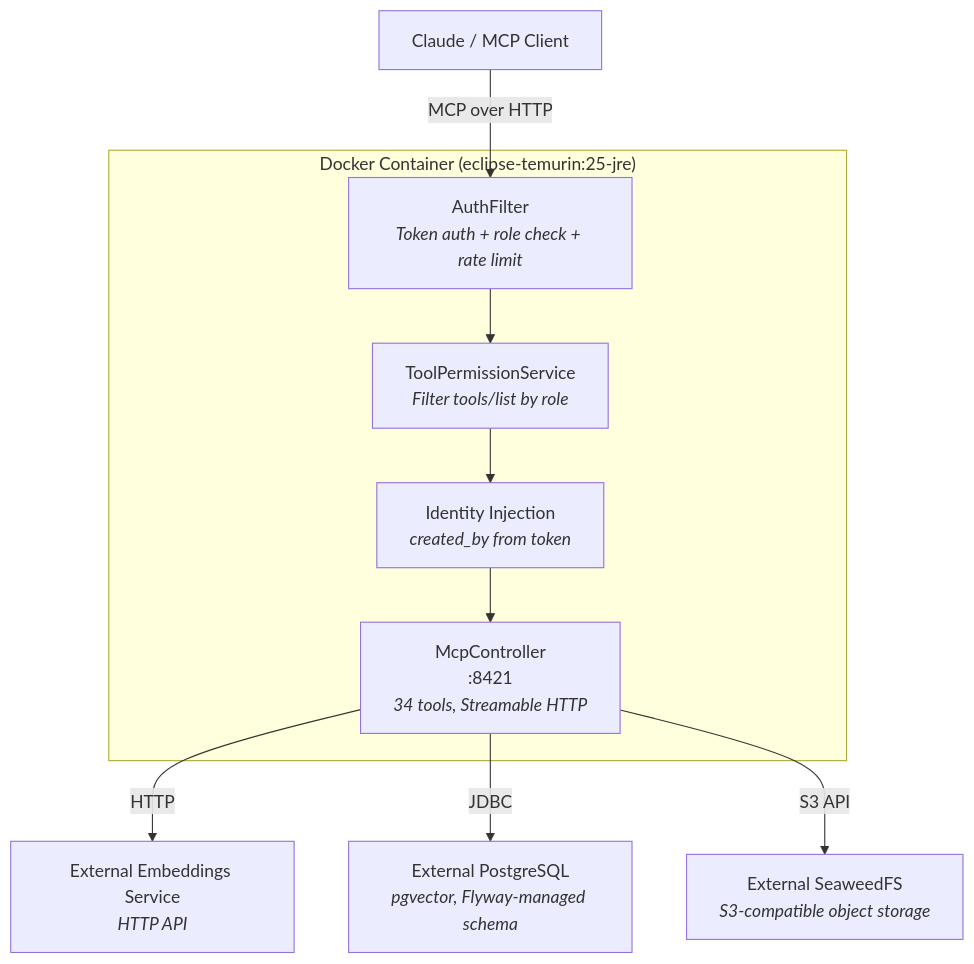
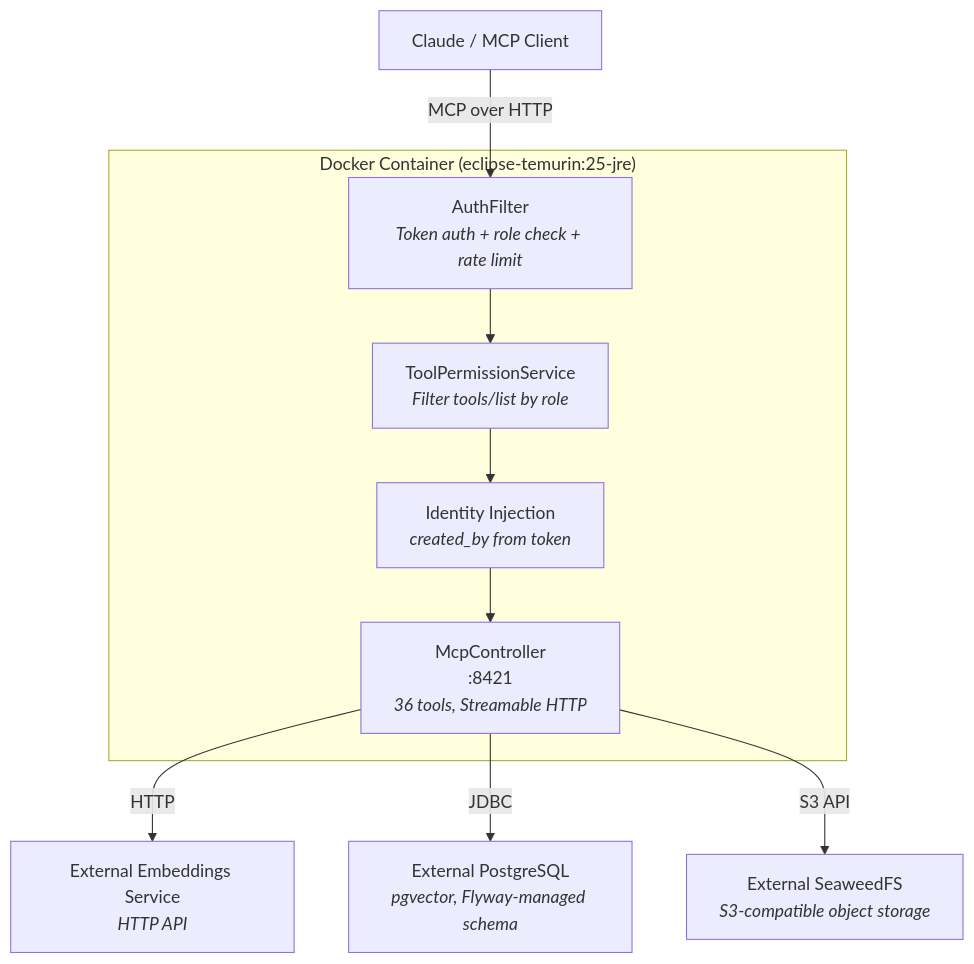
One commit to ufelmann/HiveMem changed the first of 2 diagrams in documentation/architecture.md. Above: the diagram before and after it, drawn with Mermaid. The commit also changed other lines of this file and 3 other files, not shown here.

````diff
--- a/documentation/architecture.md
+++ b/documentation/architecture.md
@@ -3,23 +3,23 @@
 ```mermaid
 graph TB
     Client["Claude / MCP Client"]
 
     subgraph Container["Docker Container (eclipse-temurin:25-jre)"]
         Auth["AuthFilter<br/><i>Token auth + role check + rate limit</i>"]
         ToolGate["ToolPermissionService<br/><i>Filter tools/list by role</i>"]
         Identity["Identity Injection<br/><i>created_by from token</i>"]
-        MCP["McpController<br/>:8421<br/><i>34 tools, Streamable HTTP</i>"]
+        MCP["McpController<br/>:8421<br/><i>36 tools, Streamable HTTP</i>"]
     end
 
     EmbSvc["External Embeddings Service<br/><i>HTTP API</i>"]
     PG["External PostgreSQL<br/><i>pgvector, Flyway-managed schema</i>"]
     SeaweedFS["External SeaweedFS<br/><i>S3-compatible object storage</i>"]
 
     Client -->|"MCP over HTTP"| Auth
     Auth --> ToolGate
     ToolGate --> Identity
     Identity --> MCP
     MCP -->|"HTTP"| EmbSvc
     MCP -->|"JDBC"| PG
     MCP -->|"S3 API"| SeaweedFS
 ```
````
